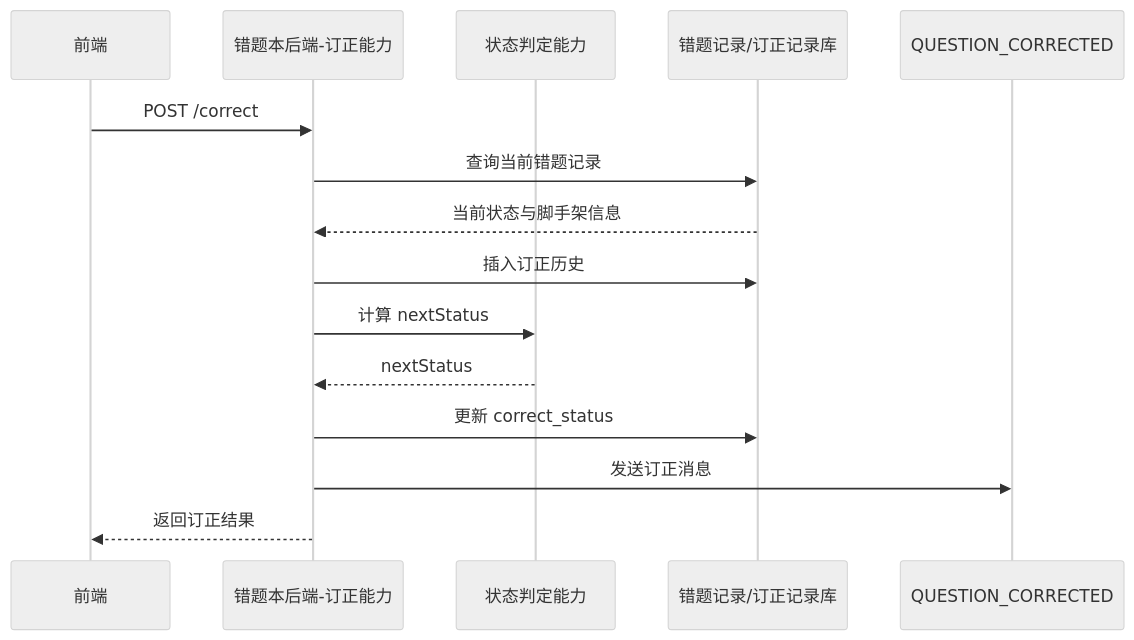
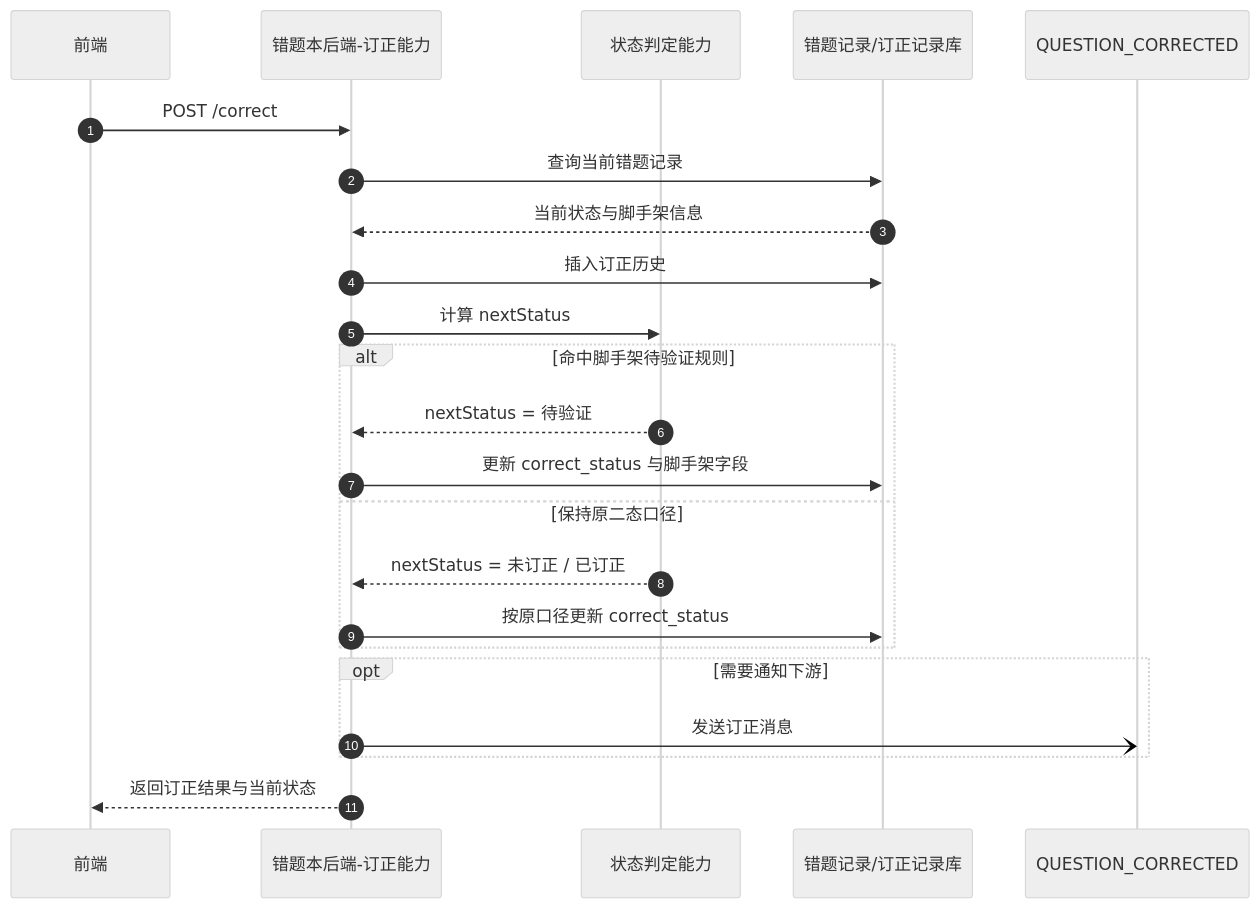
One commit to Foutlook/agent-skills changed the third of 4 diagrams in writing-backend-technical-solutions/references/java-backend-example.md. Above: the diagram before and after it, drawn with Mermaid (neutral theme). The commit also changed other lines of this file and 3 other files, not shown here.

Commit message:
完善后端方案技能图表约束

````diff
--- a/writing-backend-technical-solutions/references/java-backend-example.md
+++ b/writing-backend-technical-solutions/references/java-backend-example.md
@@ -280,18 +305,26 @@
 ```mermaid
 sequenceDiagram
+    autonumber
     participant FE as 前端
     participant BE as 错题本后端-订正能力
     participant STATE as 状态判定能力
     participant DB as 错题记录/订正记录库
     participant MQ as QUESTION_CORRECTED
 
     FE->>BE: POST /correct
     BE->>DB: 查询当前错题记录
     DB-->>BE: 当前状态与脚手架信息
     BE->>DB: 插入订正历史
     BE->>STATE: 计算 nextStatus
-    STATE-->>BE: nextStatus
-    BE->>DB: 更新 correct_status
-    BE->>MQ: 发送订正消息
-    BE-->>FE: 返回订正结果
+    alt 命中脚手架待验证规则
+        STATE-->>BE: nextStatus = 待验证
+        BE->>DB: 更新 correct_status 与脚手架字段
+    else 保持原二态口径
+        STATE-->>BE: nextStatus = 未订正 / 已订正
+        BE->>DB: 按原口径更新 correct_status
+    end
+    opt 需要通知下游
+        BE-)MQ: 发送订正消息
+    end
+    BE-->>FE: 返回订正结果与当前状态
 ```
````
